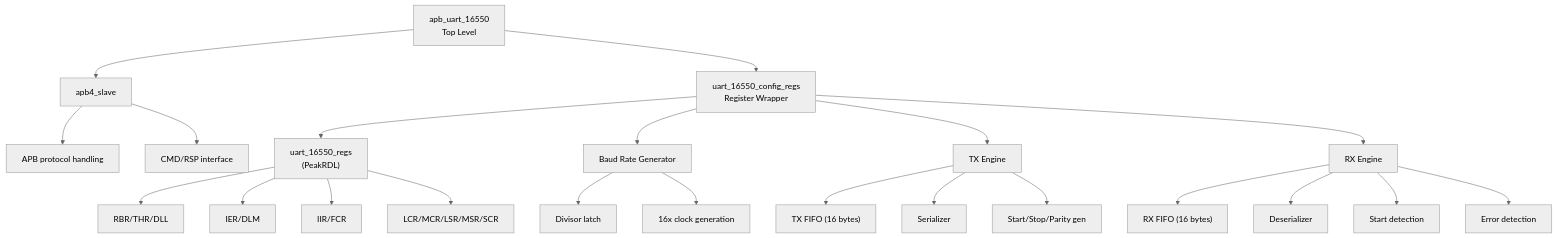
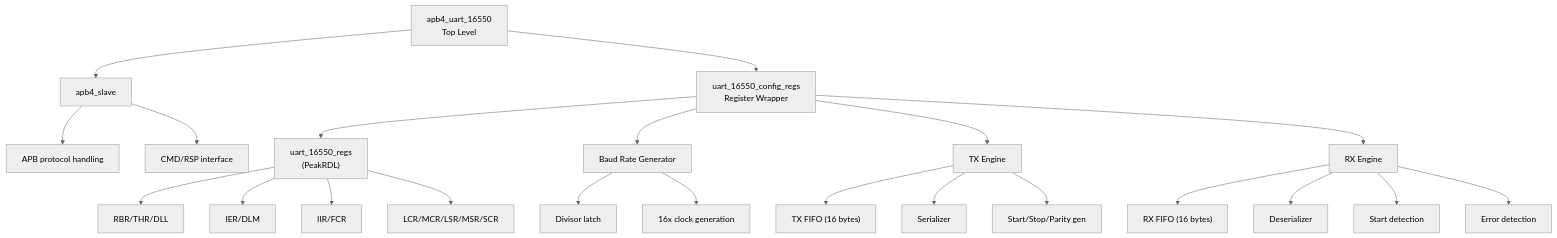
One commit to sean-galloway/RTLDesignSherpa changed the diagram in projects/components/retro_legacy_blocks/docs/uart_16550_mas/assets/mermaid/uart_module_hierarchy.mmd. Above: the diagram before and after it, drawn with Mermaid. The commit also changed 751 other files, not shown here.

```diff
--- a/projects/components/retro_legacy_blocks/docs/uart_16550_mas/assets/mermaid/uart_module_hierarchy.mmd
+++ b/projects/components/retro_legacy_blocks/docs/uart_16550_mas/assets/mermaid/uart_module_hierarchy.mmd
@@ -1,28 +1,28 @@
 %%{init: {'theme': 'neutral'}}%%
 flowchart TB
-    TOP[apb_uart_16550<br/>Top Level]
+    TOP[apb4_uart_16550<br/>Top Level]
     TOP --> APB[apb4_slave]
     APB --> PROTO["APB protocol handling"]
     APB --> CMD["CMD/RSP interface"]
 
     TOP --> CFG[uart_16550_config_regs<br/>Register Wrapper]
     CFG --> REGS["uart_16550_regs<br/>(PeakRDL)"]
     REGS --> R1["RBR/THR/DLL"]
     REGS --> R2["IER/DLM"]
     REGS --> R3["IIR/FCR"]
     REGS --> R4["LCR/MCR/LSR/MSR/SCR"]
 
     CFG --> BAUD["Baud Rate Generator"]
     BAUD --> DIV["Divisor latch"]
     BAUD --> CLK16["16x clock generation"]
 
     CFG --> TX["TX Engine"]
     TX --> TXFIFO["TX FIFO (16 bytes)"]
     TX --> SER["Serializer"]
     TX --> START["Start/Stop/Parity gen"]
 
     CFG --> RX["RX Engine"]
     RX --> RXFIFO["RX FIFO (16 bytes)"]
     RX --> DESER["Deserializer"]
     RX --> DETECT["Start detection"]
     RX --> ERR["Error detection"]
```
